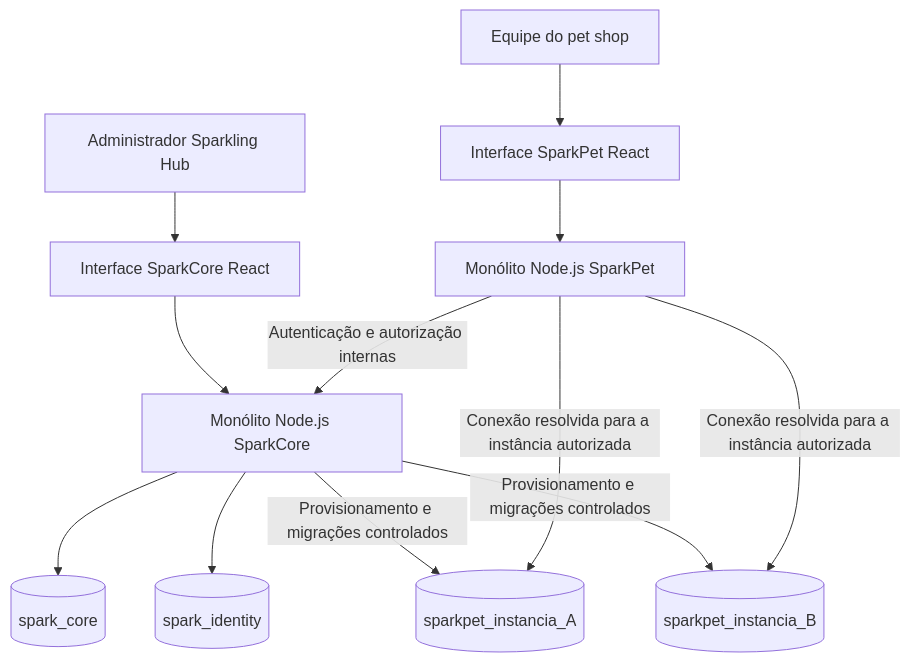
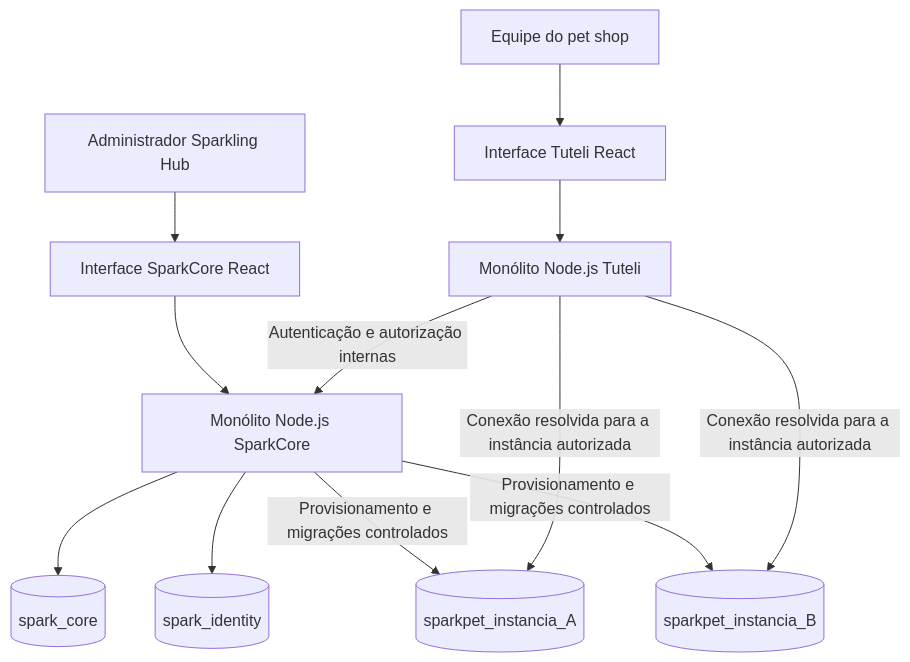
One commit to m4s1r0/core.sparkilnghub.com.br changed the diagram in docs/escopos/00-diretrizes-compartilhadas.md. Above: the diagram before and after it, drawn with Mermaid. The commit also changed other lines of this file and 92 other files, not shown here.

````diff
--- a/docs/escopos/00-diretrizes-compartilhadas.md
+++ b/docs/escopos/00-diretrizes-compartilhadas.md
@@ -59,14 +59,14 @@
 ```mermaid
 flowchart TB
   A[Administrador Sparkling Hub] --> CF[Interface SparkCore React]
   CF --> C[Monólito Node.js SparkCore]
-  U[Equipe do pet shop] --> PF[Interface SparkPet React]
-  PF --> P[Monólito Node.js SparkPet]
+  U[Equipe do pet shop] --> PF[Interface Tuteli React]
+  PF --> P[Monólito Node.js Tuteli]
   P -->|Autenticação e autorização internas| C
   C --> CD[(spark_core)]
   C --> ID[(spark_identity)]
   C -->|Provisionamento e migrações controlados| T1[(sparkpet_instancia_A)]
   C -->|Provisionamento e migrações controlados| T2[(sparkpet_instancia_B)]
   P -->|Conexão resolvida para a instância autorizada| T1
   P -->|Conexão resolvida para a instância autorizada| T2
 ```
````
